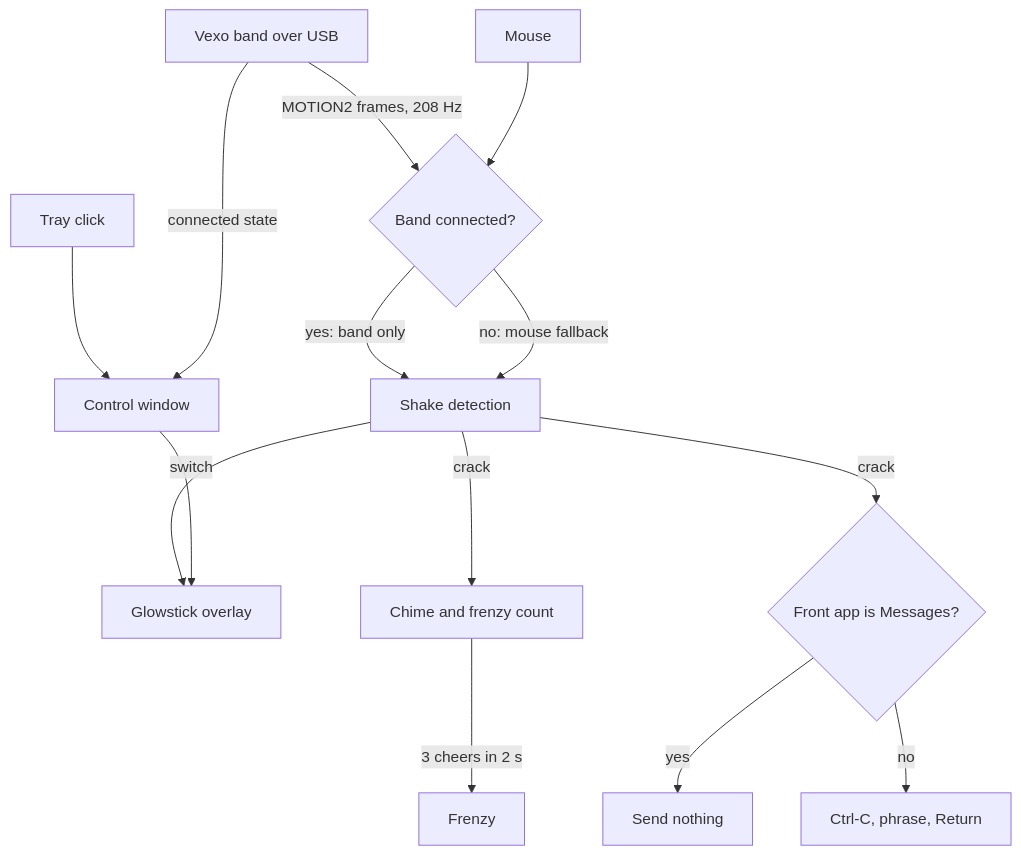
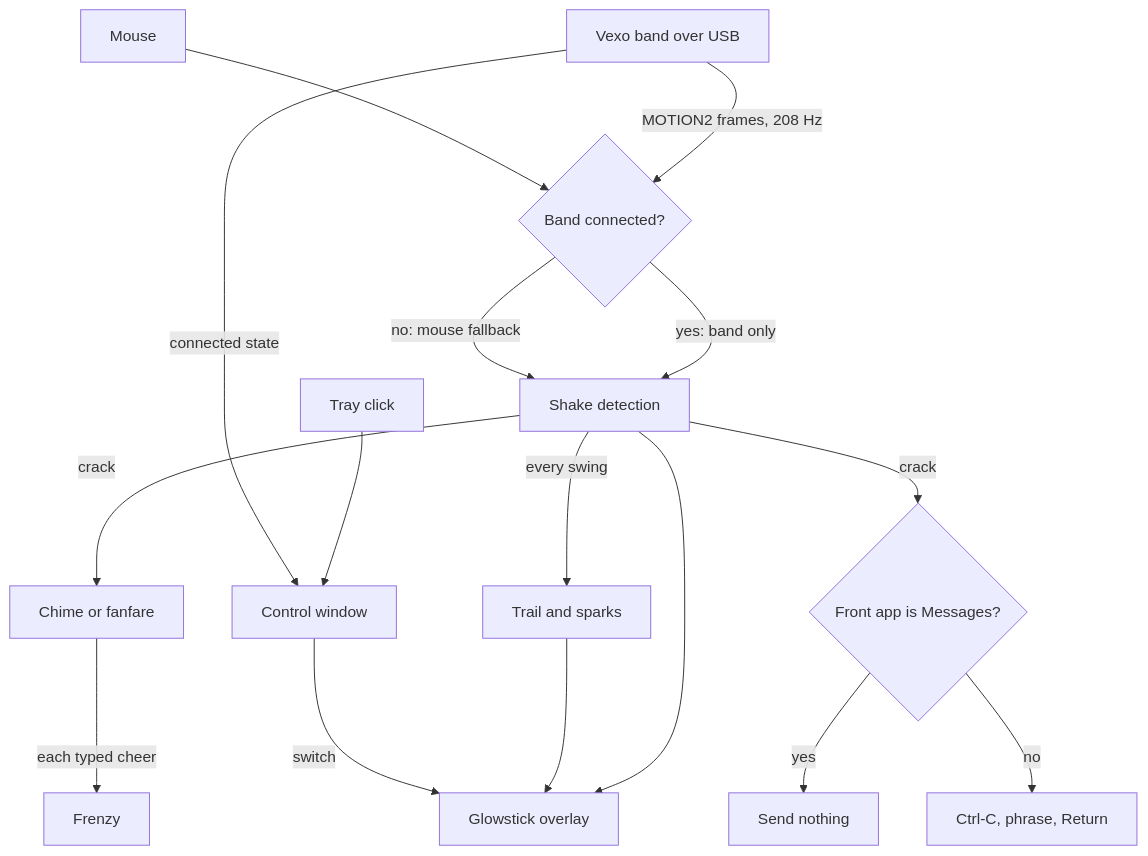
The diagram in README.md (i098/openCheer), drawn with Mermaid before and after one commit. The commit also changed other lines of this file and 1 other file, not shown here.

Commit message:
Always-on aura, motes and edge glow; per-swing trail and sparks; frenzy on every typed cheer

````diff
--- a/README.md
+++ b/README.md
@@ -30,16 +30,18 @@
 ```mermaid
 flowchart TD
   band[Vexo band over USB] -->|MOTION2 frames, 208 Hz| shake{Band connected?}
   mouse[Mouse] --> shake
   shake -->|yes: band only| detect[Shake detection]
   shake -->|no: mouse fallback| detect
   detect --> sticks[Glowstick overlay]
-  detect -->|crack| chime[Chime and frenzy count]
-  chime -->|3 cheers in 2 s| frenzy[Frenzy]
+  detect -->|crack| chime[Chime or fanfare]
+  detect -->|every swing| fx[Trail and sparks]
+  fx --> sticks
+  chime -->|each typed cheer| frenzy[Frenzy]
   detect -->|crack| guard{Front app is Messages?}
   guard -->|yes| skip[Send nothing]
   guard -->|no| type[Ctrl-C, phrase, Return]
   tray[Tray click] --> win[Control window]
   win -->|switch| sticks
   band -->|connected state| win
 ```
````
